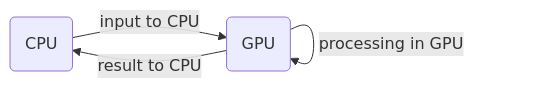
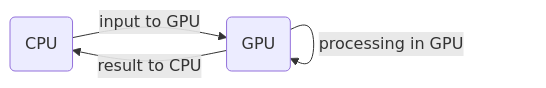
Before and after one commit to QuirozE/ss: the diagram in scripts/cimat/README.org, drawn with Mermaid. The commit also changed other lines of this file and 1 other file, not shown here.

```diff
--- a/scripts/cimat/README.org
+++ b/scripts/cimat/README.org
@@ -46,6 +46,6 @@
 #+begin_src mermaid :file img/data_flow.png
 graph LR
-  cpu(CPU) -- input to CPU --> gpu(GPU)
+  cpu(CPU) -- input to GPU --> gpu(GPU)
   gpu -- processing in GPU --> gpu
   gpu -- result to CPU --> cpu
 #+end_src
```
